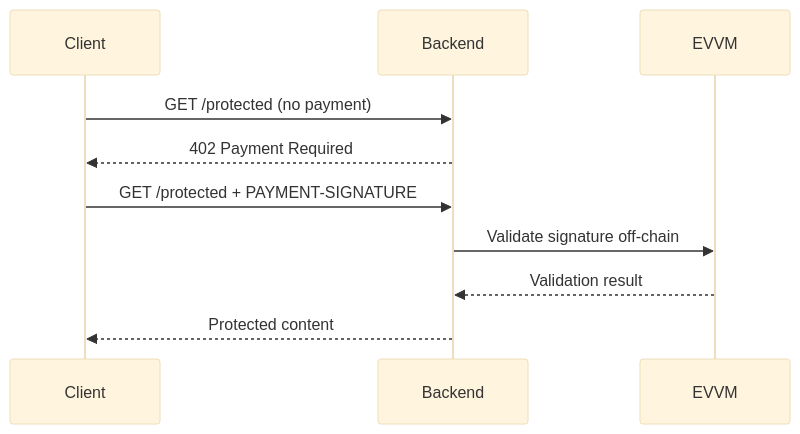
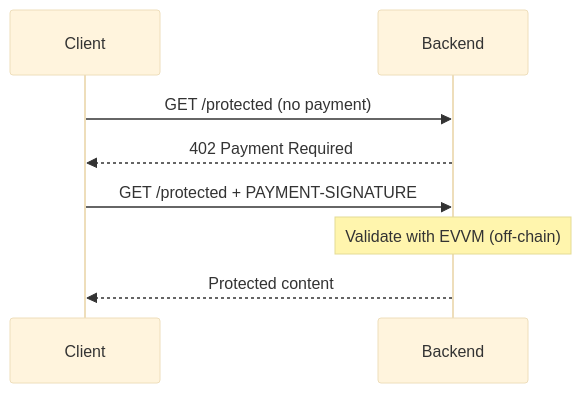
The diagram in backend/README.md (menuRivera/x402-demo), drawn with Mermaid (base theme) before and after one commit. The commit also changed other lines of this file and 4 other files, not shown here.

````diff
--- a/backend/README.md
+++ b/backend/README.md
@@ -16,14 +16,12 @@
 ```mermaid
 sequenceDiagram
     participant Client
     participant Backend
-    participant EVVM
 
     Client->>Backend: GET /protected (no payment)
     Backend-->>Client: 402 Payment Required
     
     Client->>Backend: GET /protected + PAYMENT-SIGNATURE
-    Backend->>EVVM: Validate signature off-chain
-    EVVM-->>Backend: Validation result
+    Note over Backend: Validate with EVVM (off-chain)
     Backend-->>Client: Protected content
 ```
````
